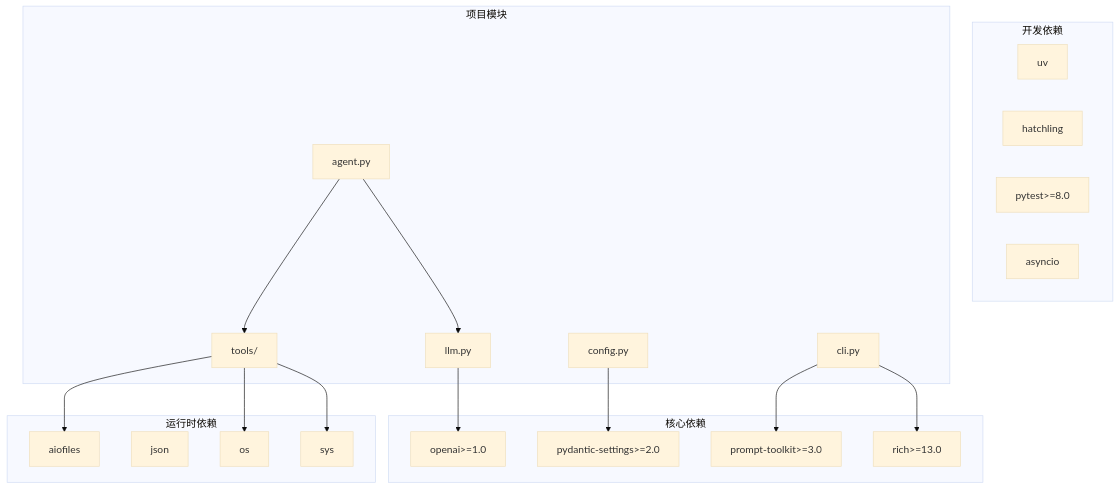
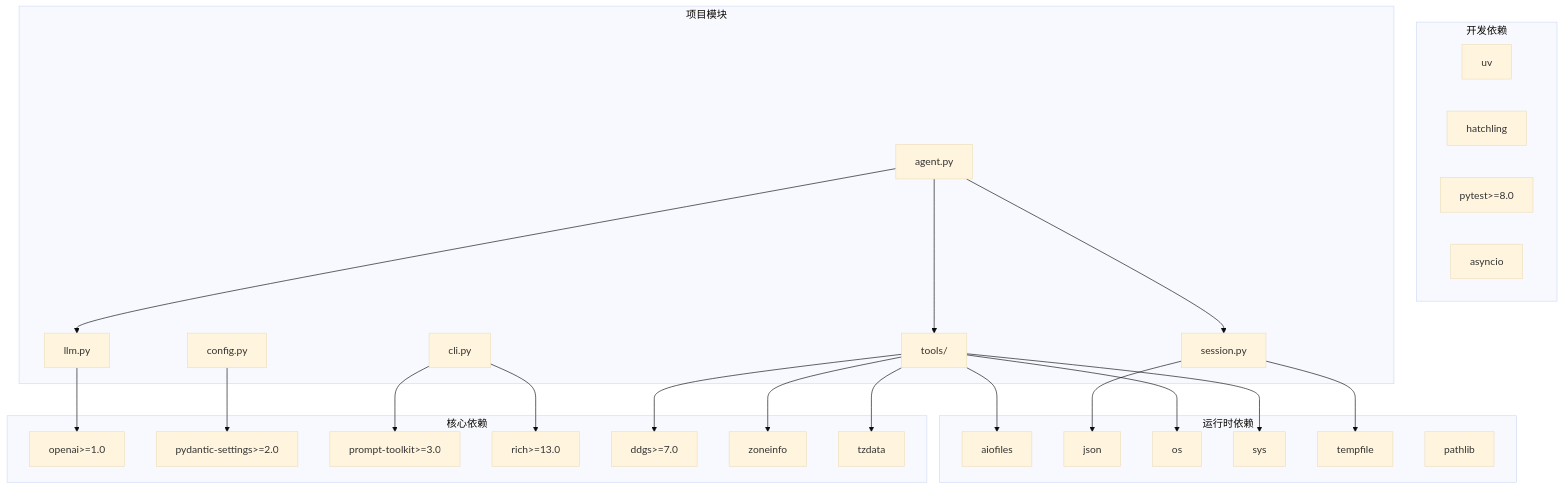
One commit to 250shiwo/MySmallAgent changed the ninth of 9 diagrams in .qoder/repowiki/zh/content/项目概述.md. Above: the diagram before and after it, drawn with Mermaid (base theme). The commit also changed other lines of this file and 41 other files, not shown here.

````diff
--- a/.qoder/repowiki/zh/content/项目概述.md
+++ b/.qoder/repowiki/zh/content/项目概述.md
@@ -403,38 +482,50 @@
 ```mermaid
 graph TB
 subgraph "核心依赖"
 OpenAI[openai>=1.0]
 Pydantic[pydantic-settings>=2.0]
 PromptToolkit[prompt-toolkit>=3.0]
 Rich[rich>=13.0]
+DDGS[ddgs>=7.0]
+ZoneInfo[zoneinfo]
+Tzdata[tzdata]
 end
 subgraph "开发依赖"
 UV[uv]
 Hatchling[hatchling]
 PyTest[pytest>=8.0]
 AsyncIO[pytest-asyncio>=0.23]
 end
 subgraph "运行时依赖"
 AsyncIO[asyncio]
 AioFiles[aiofiles]
 Json[json]
 OS[os]
 Sys[sys]
+Tempfile[tempfile]
+Pathlib[pathlib]
 end
 subgraph "项目模块"
 Config[config.py]
 LLM[llm.py]
 Agent[agent.py]
 CLI[cli.py]
+Session[session.py]
 Tools[tools/]
 end
 Config --> Pydantic
 LLM --> OpenAI
 Agent --> LLM
 Agent --> Tools
+Agent --> Session
 CLI --> Rich
 CLI --> PromptToolkit
+Session --> Json
+Session --> Tempfile
 Tools --> AioFiles
 Tools --> OS
 Tools --> Sys
+Tools --> DDGS
+Tools --> ZoneInfo
+Tools --> Tzdata
 ```
````
